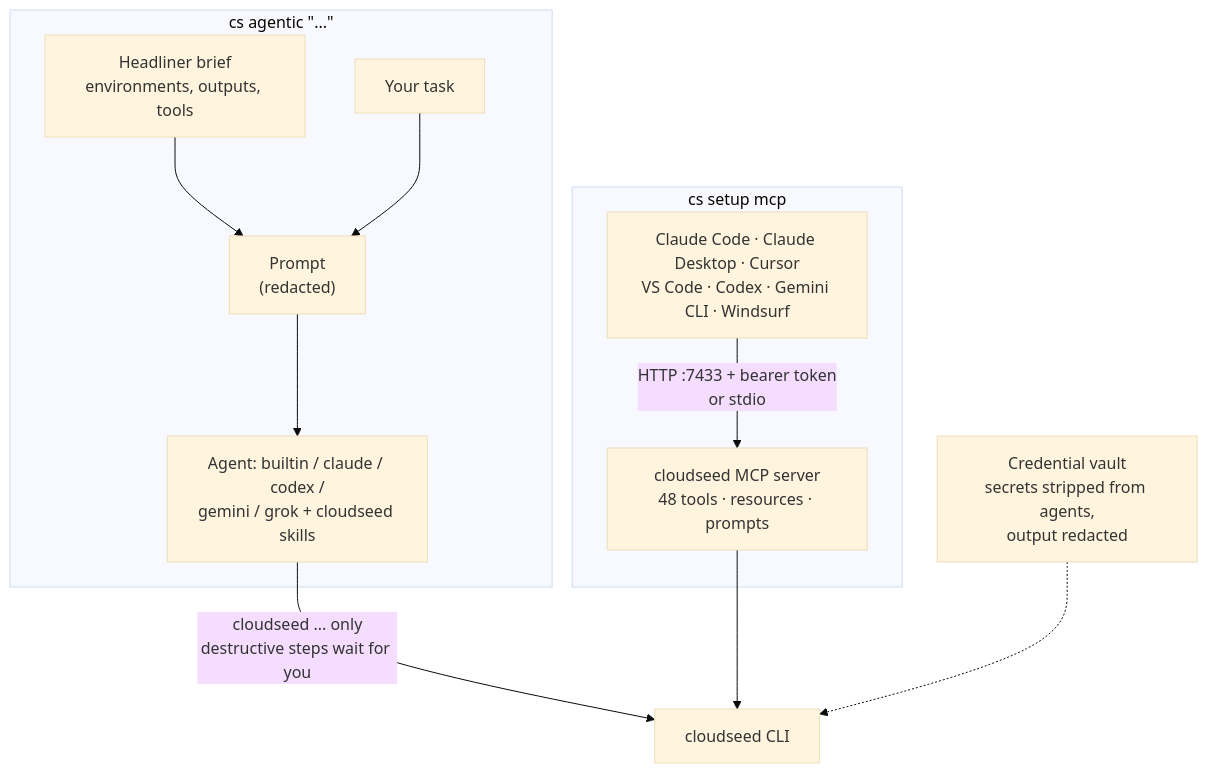
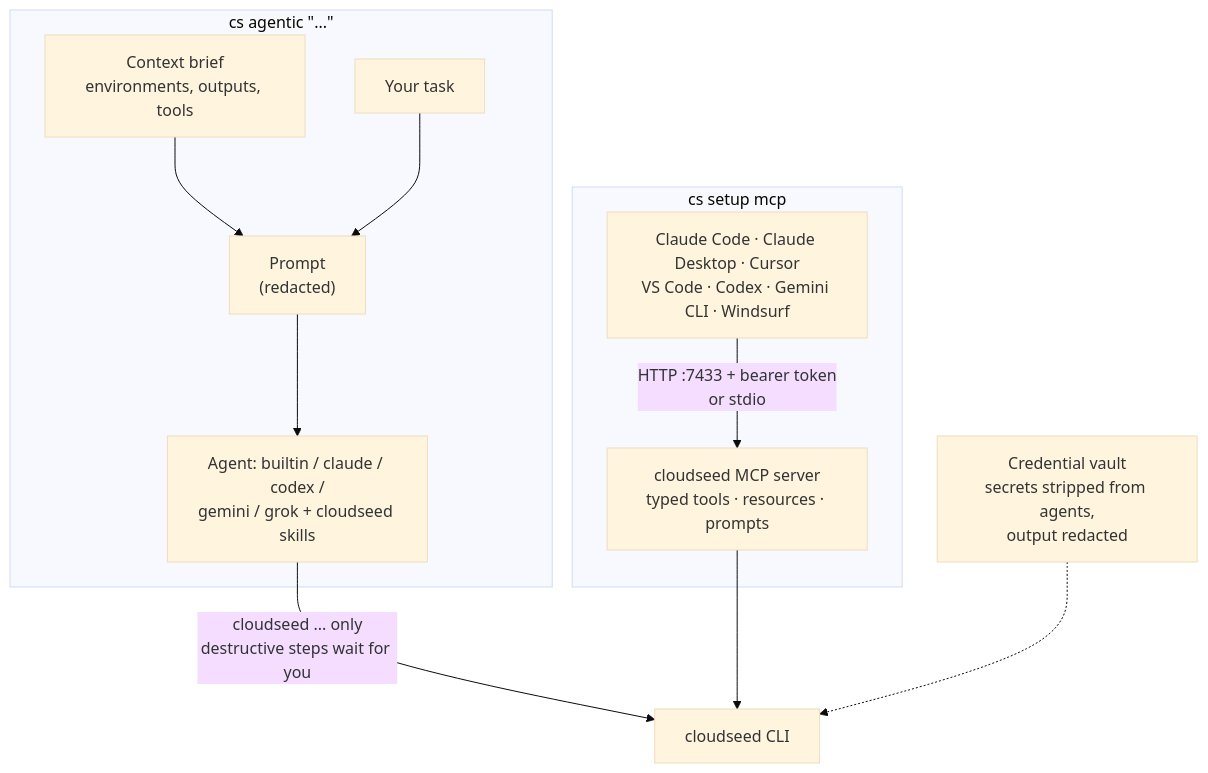
The diagram in docs/scenarios/14-ai-agents-and-mcp.md (nimeshbuilds/cloudseed), drawn with Mermaid (base theme) before and after one commit. The commit also changed other lines of this file and 64 other files, not shown here.

````diff
--- a/docs/scenarios/14-ai-agents-and-mcp.md
+++ b/docs/scenarios/14-ai-agents-and-mcp.md
@@ -25,14 +28,14 @@
 ```mermaid
 flowchart TB
   subgraph agentic["cs agentic #quot;...#quot;"]
-    brief["Headliner brief<br/>environments, outputs, tools"] --> prompt["Prompt<br/>(redacted)"]
+    brief["Context brief<br/>environments, outputs, tools"] --> prompt["Prompt<br/>(redacted)"]
     task["Your task"] --> prompt
     prompt --> agent["Agent: builtin / claude / codex /<br/>gemini / grok + cloudseed skills"]
   end
   subgraph mcp["cs setup mcp"]
-    clients["Claude Code · Claude Desktop · Cursor<br/>VS Code · Codex · Gemini CLI · Windsurf"] -- "HTTP :7433 + bearer token<br/>or stdio" --> server["cloudseed MCP server<br/>48 tools · resources · prompts"]
+    clients["Claude Code · Claude Desktop · Cursor<br/>VS Code · Codex · Gemini CLI · Windsurf"] -- "HTTP :7433 + bearer token<br/>or stdio" --> server["cloudseed MCP server<br/>typed tools · resources · prompts"]
   end
   agent -- "cloudseed ... only<br/>destructive steps wait for you" --> cli["cloudseed CLI"]
   server --> cli
   vault["Credential vault<br/>secrets stripped from agents,<br/>output redacted"] -.-> cli
 ```
````
